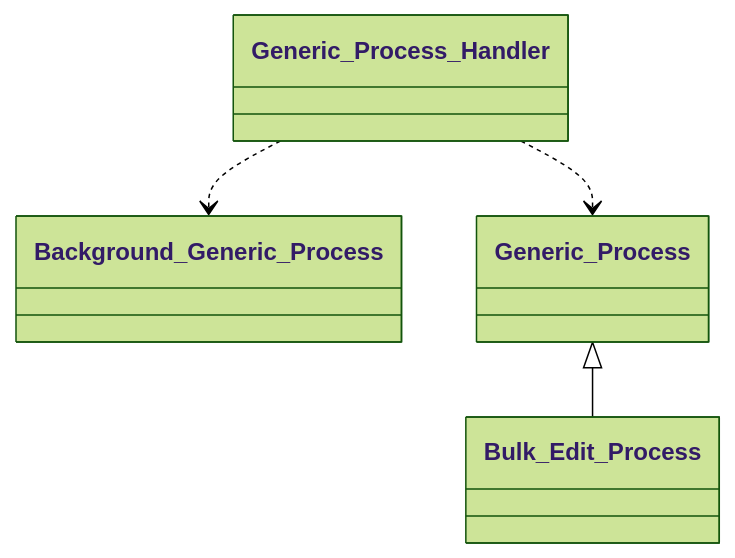
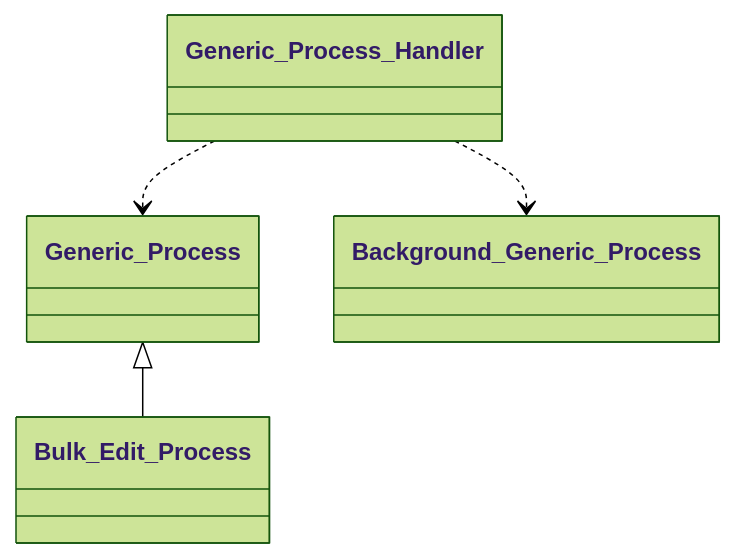
The seventh of 13 diagrams in docs/phpdoc/Home.md (tainacan/tainacan), drawn with Mermaid (forest theme) before and after one commit. The commit also changed other lines of this file and 100 other files, not shown here.

````diff
--- a/docs/phpdoc/Home.md
+++ b/docs/phpdoc/Home.md
@@ -523,11 +523,11 @@
 ```mermaid
 classDiagram
     direction TB
+    class Generic_Process { }
+    class Generic_Process_Handler { }
+    class Bulk_Edit_Process { }
     class Background_Generic_Process { }
-    class Bulk_Edit_Process { }
-    class Generic_Process_Handler { }
-    class Generic_Process { }
     Generic_Process <|-- Bulk_Edit_Process
     Generic_Process_Handler ..> Background_Generic_Process
     Generic_Process_Handler ..> Generic_Process
 ```
````
